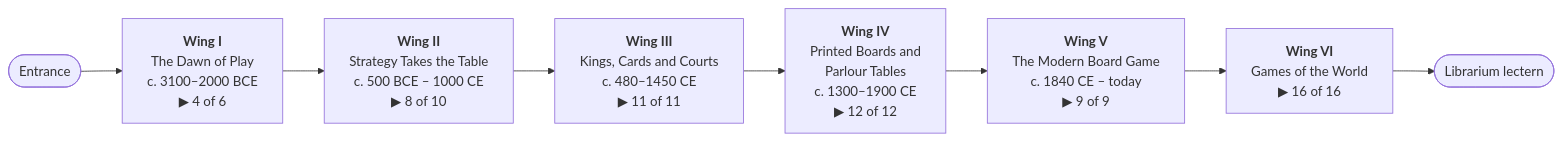
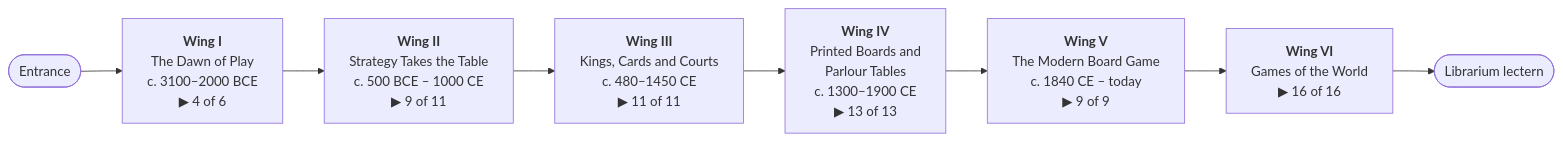
Before and after one commit to CptNope/Librarium-Archives: the first of 2 diagrams in README.md, drawn with Mermaid. The commit also changed other lines of this file and 16 other files, not shown here.

````diff
--- a/README.md
+++ b/README.md
@@ -15,10 +15,10 @@
 ```mermaid
 flowchart LR
     E([Entrance]) --> W1
     W1["<b>Wing I</b><br/>The Dawn of Play<br/>c. 3100–2000 BCE<br/>▶ 4 of 6"] --> W2
-    W2["<b>Wing II</b><br/>Strategy Takes the Table<br/>c. 500 BCE – 1000 CE<br/>▶ 8 of 10"] --> W3
+    W2["<b>Wing II</b><br/>Strategy Takes the Table<br/>c. 500 BCE – 1000 CE<br/>▶ 9 of 11"] --> W3
     W3["<b>Wing III</b><br/>Kings, Cards and Courts<br/>c. 480–1450 CE<br/>▶ 11 of 11"] --> W4
-    W4["<b>Wing IV</b><br/>Printed Boards and<br/>Parlour Tables<br/>c. 1300–1900 CE<br/>▶ 12 of 12"] --> W5
+    W4["<b>Wing IV</b><br/>Printed Boards and<br/>Parlour Tables<br/>c. 1300–1900 CE<br/>▶ 13 of 13"] --> W5
     W5["<b>Wing V</b><br/>The Modern Board Game<br/>c. 1840 CE – today<br/>▶ 9 of 9"] --> W6
     W6["<b>Wing VI</b><br/>Games of the World<br/>▶ 16 of 16"] --> L([Librarium lectern])
 ```
````
